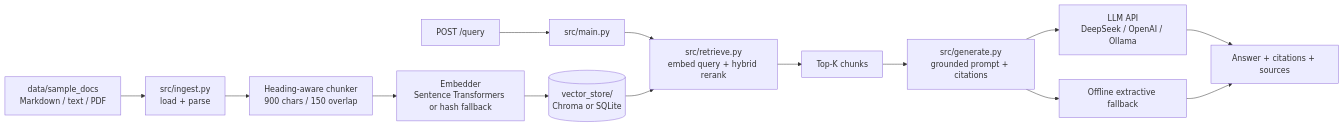
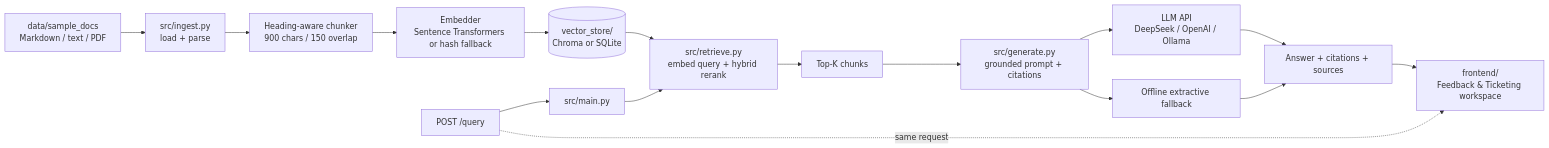
Before and after one commit to PavanLal69/CUSTOMER-BILLING: the diagram in README.md, drawn with Mermaid. The commit also changed other lines of this file, not shown here.

Commit message:
docs: document the Customer Feedback and Ticketing frontend

````diff
--- a/README.md
+++ b/README.md
@@ -37,17 +42,20 @@
 ```mermaid
 flowchart LR
     A[data/sample_docs<br/>Markdown / text / PDF] --> B[src/ingest.py<br/>load + parse]
     B --> C[Heading-aware chunker<br/>900 chars / 150 overlap]
     C --> D[Embedder<br/>Sentence Transformers or hash fallback]
     D --> E[(vector_store/<br/>Chroma or SQLite)]
 
     Q[POST /query] --> R[src/main.py]
     R --> S[src/retrieve.py<br/>embed query + hybrid rerank]
     E --> S
     S --> T[Top-K chunks]
     T --> U[src/generate.py<br/>grounded prompt + citations]
     U --> V[LLM API<br/>DeepSeek / OpenAI / Ollama]
     U --> W[Offline extractive fallback]
     V --> X[Answer + citations + sources]
     W --> X
+
+    X --> UI[frontend/<br/>Feedback & Ticketing workspace]
+    Q -. same request .-> UI
 ```
````
